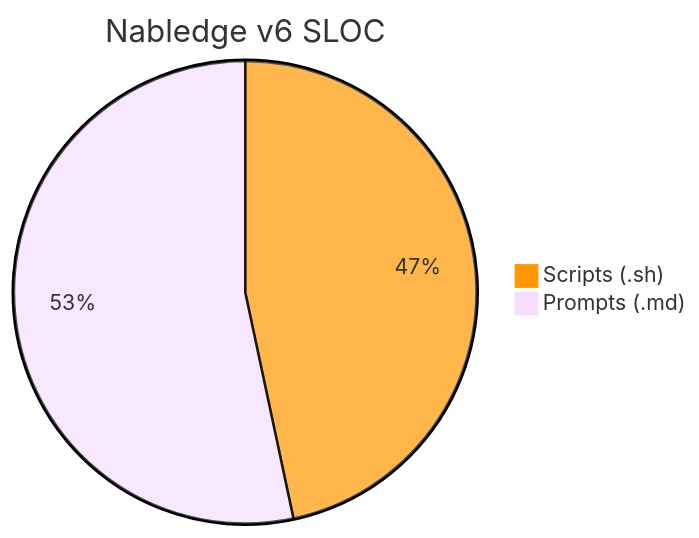
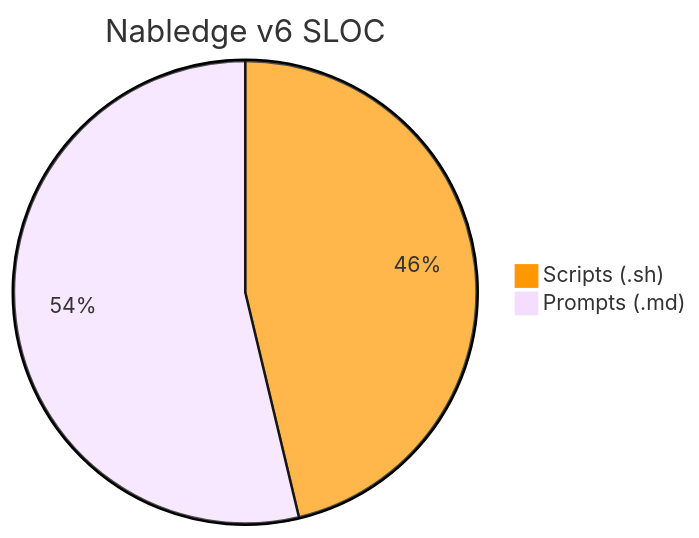
One commit to nablarch/nabledge-dev changed the ninth of 14 diagrams in docs/metrics.md. Above: the diagram before and after it, drawn with Mermaid. The commit also changed other lines of this file and 2 other files, not shown here.

````diff
--- a/docs/metrics.md
+++ b/docs/metrics.md
@@ -132,6 +132,6 @@
 ```mermaid
 %%{init: {'theme': 'base', 'themeVariables': {'pie1': '#FF9800'}}}%%
 pie title Nabledge v6 SLOC
   "Scripts (.sh)" : 1116
-  "Prompts (.md)" : 1276
+  "Prompts (.md)" : 1296
 ```
````
